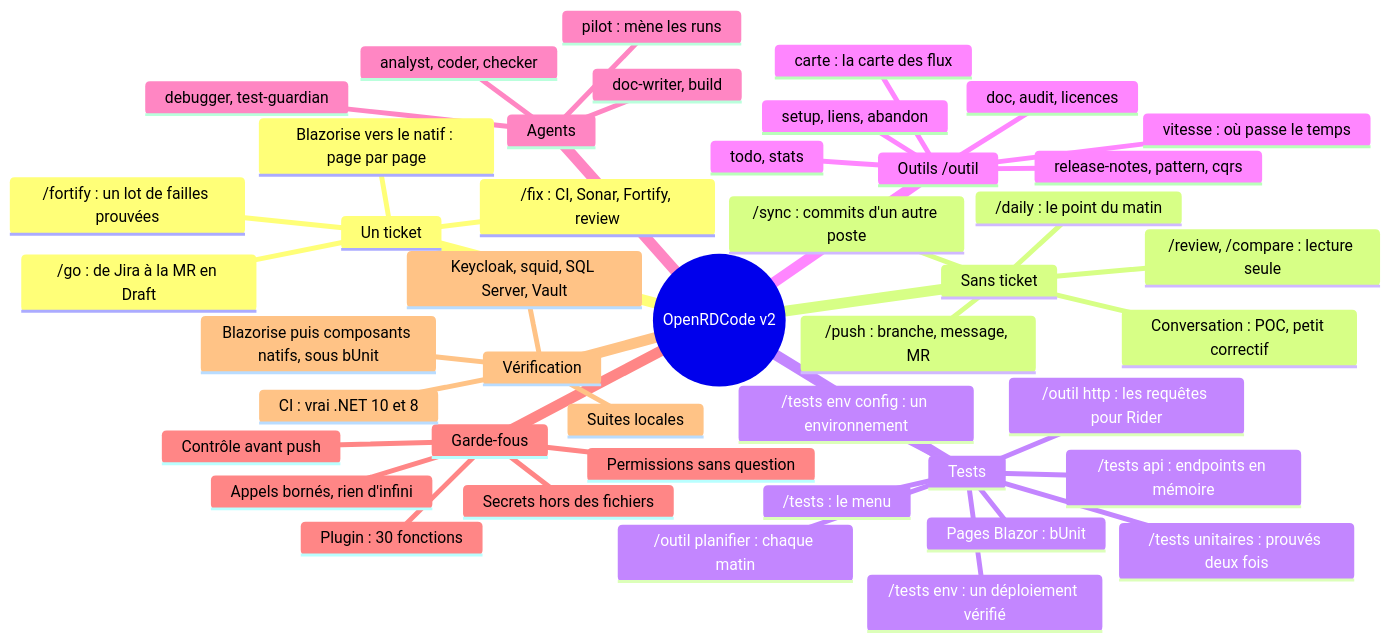
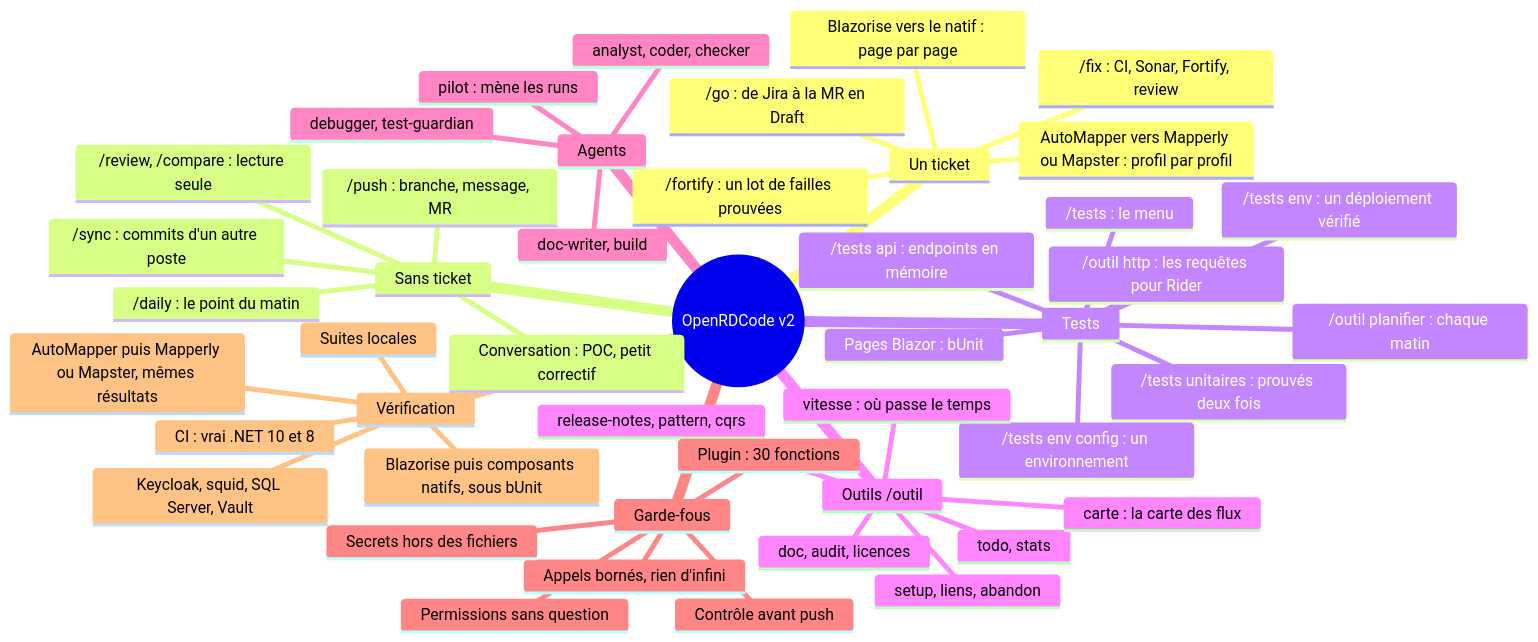
Before and after one commit to RabieDerouiche/OpenRDCode: the second of 8 diagrams in opencode-v2/README.md, drawn with Mermaid. The commit also changed other lines of this file and 30 other files, not shown here.

````diff
--- a/opencode-v2/README.md
+++ b/opencode-v2/README.md
@@ -94,47 +95,49 @@
 ```mermaid
 mindmap
   root((OpenRDCode v2))
     Un ticket
       /go : de Jira à la MR en Draft
       /fix : CI, Sonar, Fortify, review
       /fortify : un lot de failles prouvées
       Blazorise vers le natif : page par page
+      AutoMapper vers Mapperly ou Mapster : profil par profil
     Sans ticket
       Conversation : POC, petit correctif
       /push : branche, message, MR
       /sync : commits d'un autre poste
       /daily : le point du matin
       /review, /compare : lecture seule
     Tests
       /tests : le menu
       /tests unitaires : prouvés deux fois
       Pages Blazor : bUnit
       /tests api : endpoints en mémoire
       /tests env config : un environnement
       /tests env : un déploiement vérifié
       /outil http : les requêtes pour Rider
       /outil planifier : chaque matin
     Outils /outil
       doc, audit, licences
       release-notes, pattern, cqrs
       setup, liens, abandon
       todo, stats
       carte : la carte des flux
       vitesse : où passe le temps
     Agents
       pilot : mène les runs
       analyst, coder, checker
       debugger, test-guardian
       doc-writer, build
     Garde-fous
       Plugin : 30 fonctions
       Appels bornés, rien d'infini
       Permissions sans question
       Contrôle avant push
       Secrets hors des fichiers
     Vérification
       Suites locales
       CI : vrai .NET 10 et 8
       Keycloak, squid, SQL Server, Vault
       Blazorise puis composants natifs, sous bUnit
+      AutoMapper puis Mapperly ou Mapster, mêmes résultats
 ```
````
